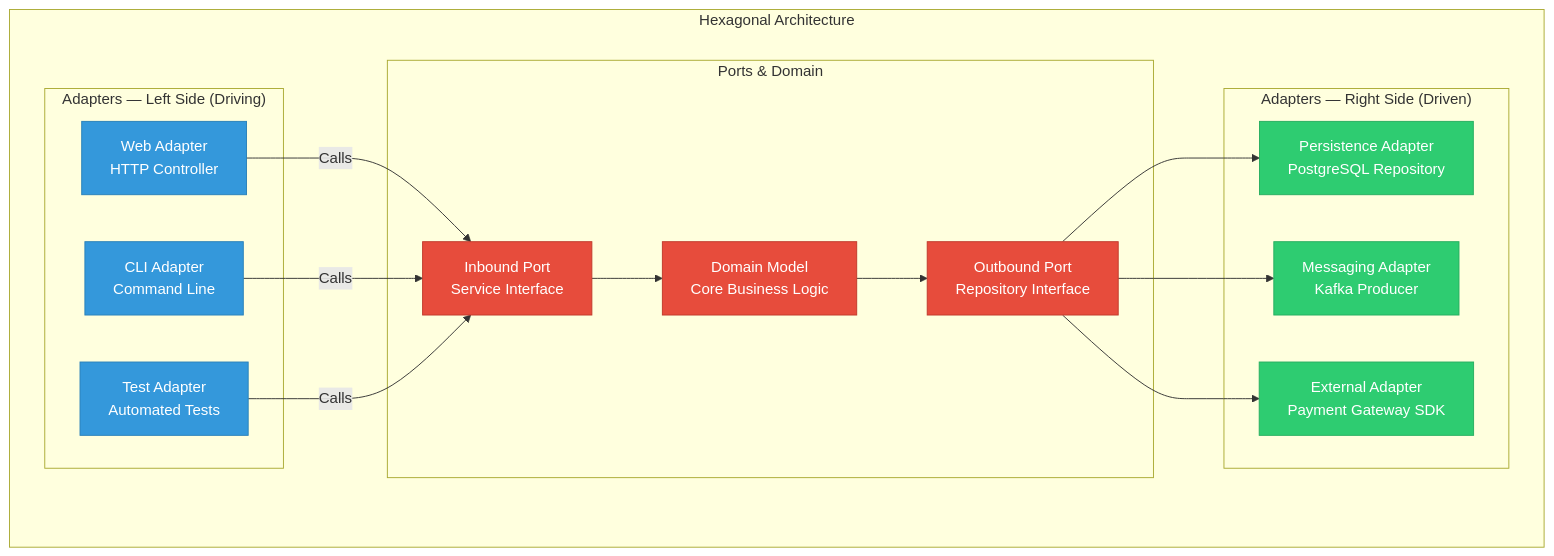
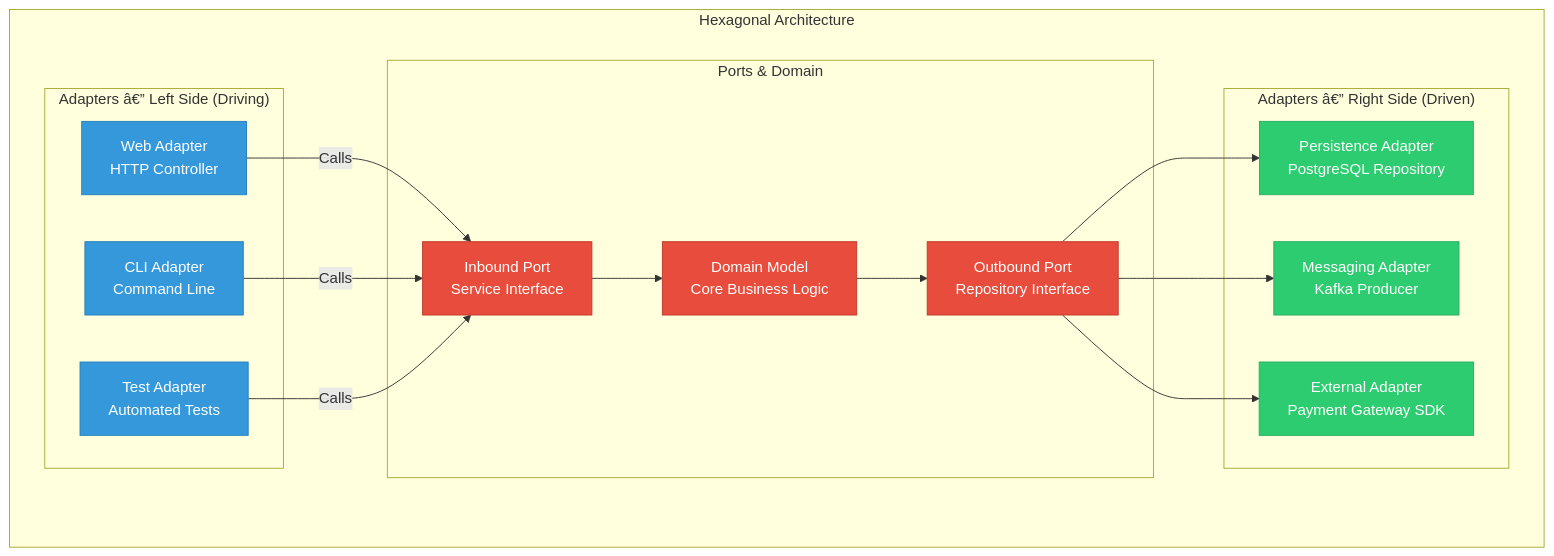
The eighth of 9 diagrams in docs/courses/software-engineering/04-architectural-design.md (Raushan666java/ai-engineering-journey), drawn with Mermaid before and after one commit. The commit also changed other lines of this file and 735 other files, not shown here.

````diff
--- a/docs/courses/software-engineering/04-architectural-design.md
+++ b/docs/courses/software-engineering/04-architectural-design.md
@@ -377,35 +377,35 @@
 ```mermaid
 graph TD
     subgraph "Hexagonal Architecture"
-        subgraph "Adapters — Left Side (Driving)"
+        subgraph "Adapters â€” Left Side (Driving)"
             WEB_ADAPTER[Web Adapter<br/>HTTP Controller]
             CLI_ADAPTER[CLI Adapter<br/>Command Line]
             TEST_ADAPTER[Test Adapter<br/>Automated Tests]
         end
         subgraph "Ports & Domain"
             IN_PORT[Inbound Port<br/>Service Interface]
             DOMAIN[Domain Model<br/>Core Business Logic]
             OUT_PORT[Outbound Port<br/>Repository Interface]
         end
-        subgraph "Adapters — Right Side (Driven)"
+        subgraph "Adapters â€” Right Side (Driven)"
             PERSISTENCE_ADAPTER[Persistence Adapter<br/>PostgreSQL Repository]
             MESSAGING_ADAPTER[Messaging Adapter<br/>Kafka Producer]
             EXTERNAL_ADAPTER[External Adapter<br/>Payment Gateway SDK]
         end
     end
     WEB_ADAPTER -->|Calls| IN_PORT
     CLI_ADAPTER -->|Calls| IN_PORT
     TEST_ADAPTER -->|Calls| IN_PORT
     IN_PORT --> DOMAIN
     DOMAIN --> OUT_PORT
     OUT_PORT --> PERSISTENCE_ADAPTER
     OUT_PORT --> MESSAGING_ADAPTER
     OUT_PORT --> EXTERNAL_ADAPTER
 
     classDef driving fill:#3498db,stroke:#2980b9,color:#fff
     classDef domain fill:#e74c3c,stroke:#c0392b,color:#fff
     classDef driven fill:#2ecc71,stroke:#27ae60,color:#fff
     class WEB_ADAPTER,CLI_ADAPTER,TEST_ADAPTER driving
     class IN_PORT,DOMAIN,OUT_PORT domain
     class PERSISTENCE_ADAPTER,MESSAGING_ADAPTER,EXTERNAL_ADAPTER driven
 ```
````
